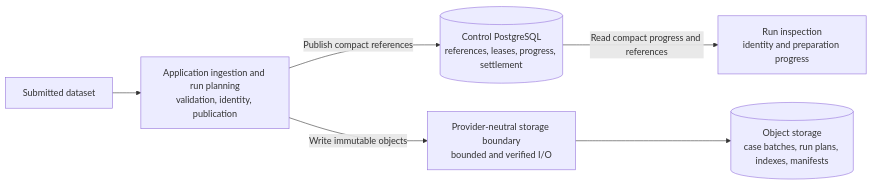
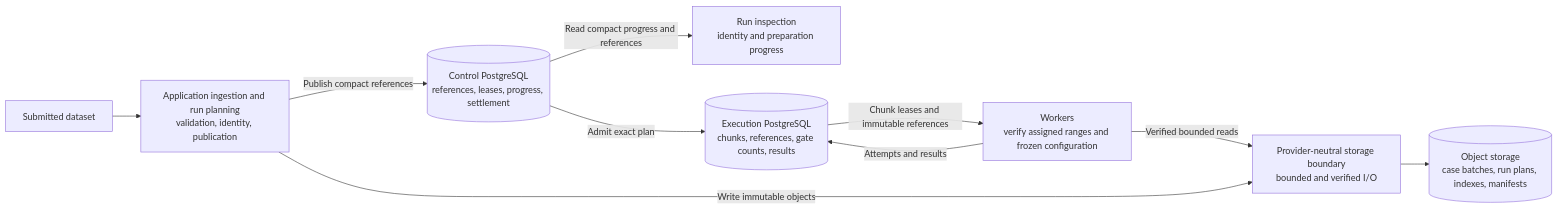
One commit to agent-vigilo/vigilo changed the diagram in web/docs/architecture/case-storage/diagram.mmd. Above: the diagram before and after it, drawn with Mermaid. The commit also changed 112 other files, not shown here.

```diff
--- a/web/docs/architecture/case-storage/diagram.mmd
+++ b/web/docs/architecture/case-storage/diagram.mmd
@@ -1,13 +1,19 @@
 flowchart LR
     input["Submitted dataset"]
     app["Application ingestion and run planning<br/>validation, identity, publication"]
     control[("Control PostgreSQL<br/>references, leases, progress, settlement")]
     adapter["Provider-neutral storage boundary<br/>bounded and verified I/O"]
     blobs[("Object storage<br/>case batches, run plans, indexes, manifests")]
     inspection["Run inspection<br/>identity and preparation progress"]
 
     input --> app
     app -->|"Publish compact references"| control
     app -->|"Write immutable objects"| adapter
     adapter --> blobs
     control -->|"Read compact progress and references"| inspection
+    worker["Workers<br/>verify assigned ranges and frozen configuration"]
+    execution[("Execution PostgreSQL<br/>chunks, references, gate counts, results")]
+    control -->|"Admit exact plan"| execution
+    execution -->|"Chunk leases and immutable references"| worker
+    worker -->|"Verified bounded reads"| adapter
+    worker -->|"Attempts and results"| execution
```
